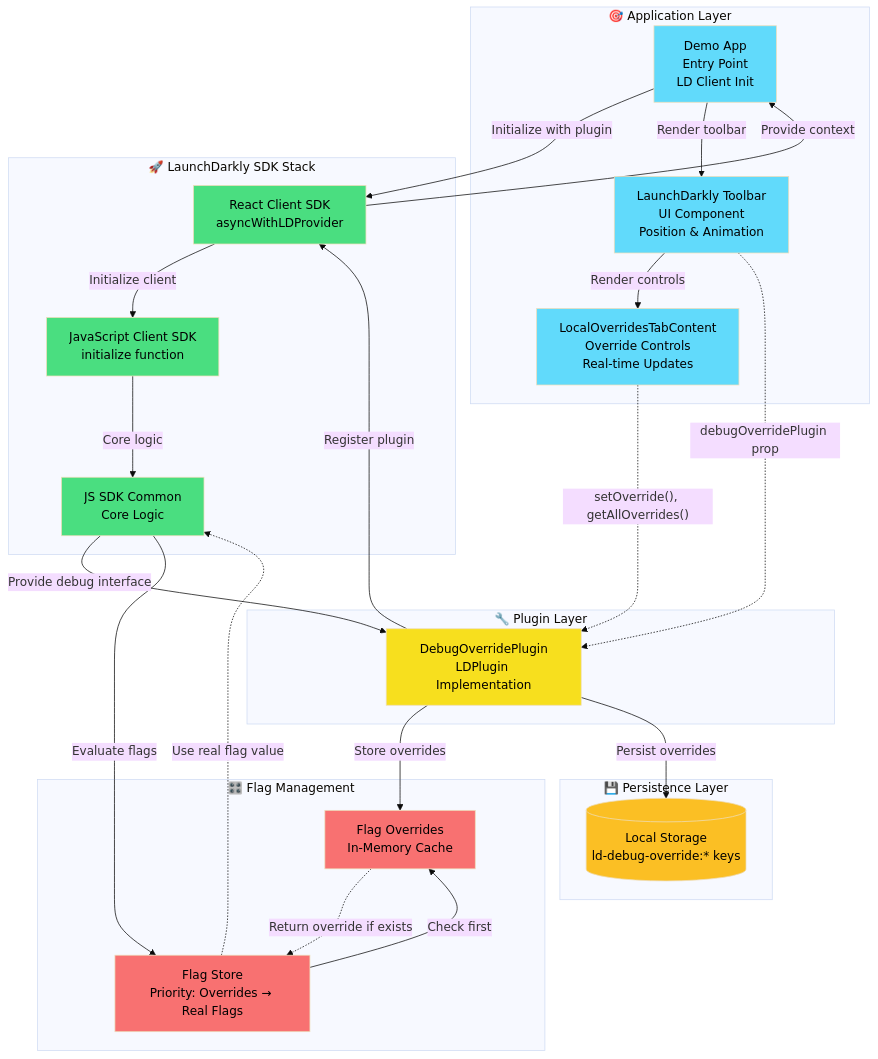
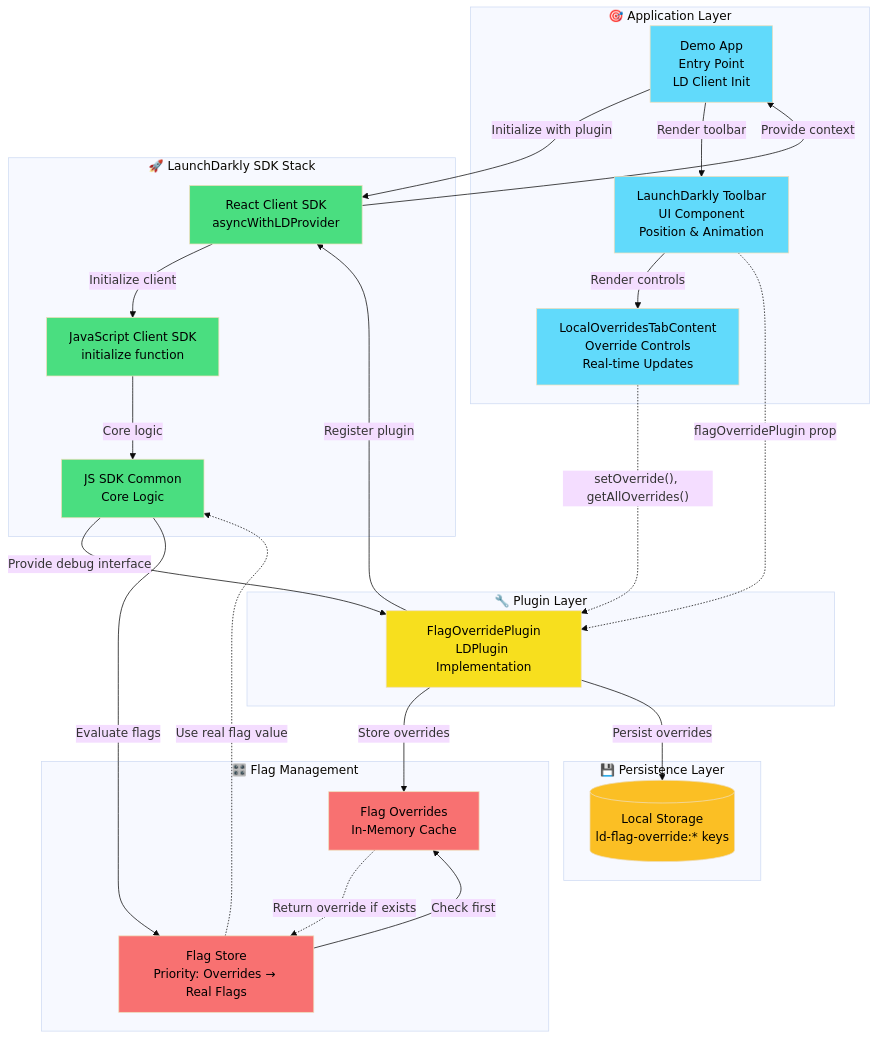
One commit to launchdarkly/launchdarkly-toolbar changed the diagram in docs/plugin-architecture.mermaid. Above: the diagram before and after it, drawn with Mermaid (base theme). The commit also changed 16 other files, not shown here.

Commit message:
refactor: rename debug override plugin to flag override plugin

```diff
--- a/docs/plugin-architecture.mermaid
+++ b/docs/plugin-architecture.mermaid
@@ -1,73 +1,73 @@
 graph TB
     %% Main Components
     subgraph "🎯 Application Layer"
         App[Demo App<br/>Entry Point<br/>LD Client Init]
         Toolbar[LaunchDarkly Toolbar<br/>UI Component<br/>Position & Animation]
         TabContent[LocalOverridesTabContent<br/>Override Controls<br/>Real-time Updates]
     end
 
     subgraph "🔧 Plugin Layer"
-        DebugPlugin[DebugOverridePlugin<br/>LDPlugin Implementation]
+        FlagOverridePlugin[FlagOverridePlugin<br/>LDPlugin Implementation]
     end
 
     subgraph "🚀 LaunchDarkly SDK Stack"
         ReactSDK[React Client SDK<br/>asyncWithLDProvider]
         JSSDK[JavaScript Client SDK<br/>initialize function]
         CommonSDK[JS SDK Common<br/>Core Logic]
     end
 
     subgraph "🎛️ Flag Management"
         FlagStore[Flag Store<br/>Priority: Overrides → Real Flags]
         OverrideStore[Flag Overrides<br/>In-Memory Cache]
     end
 
     subgraph "💾 Persistence Layer"
-        LocalStorage[(Local Storage<br/>ld-debug-override:* keys)]
+        LocalStorage[(Local Storage<br/>ld-flag-override:* keys)]
     end
 
 
 
     %% 🔄 Plugin Registration & Initialization
     App -->|Initialize with plugin| ReactSDK
     ReactSDK -->|Initialize client| JSSDK
     JSSDK -->|Core logic| CommonSDK
-    DebugPlugin -->|Register plugin| ReactSDK
+    FlagOverridePlugin -->|Register plugin| ReactSDK
 
     %% 🔧 Debug Interface Handshake
-    CommonSDK -->|Provide debug interface| DebugPlugin
-    DebugPlugin -->|Store overrides| OverrideStore
+    CommonSDK -->|Provide debug interface| FlagOverridePlugin
+    FlagOverridePlugin -->|Store overrides| OverrideStore
 
     %% 🎨 Client Flow (JS SDK)
     ReactSDK -->|Provide context| App
     App -->|Render toolbar| Toolbar
     Toolbar -->|Render controls| TabContent
 
     %% ⚡ Direct Plugin Integration
-    Toolbar -.->|debugOverridePlugin prop| DebugPlugin
-    TabContent -.->|"setOverride(), getAllOverrides()"| DebugPlugin
+    Toolbar -.->|flagOverridePlugin prop| FlagOverridePlugin
+    TabContent -.->|"setOverride(), getAllOverrides()"| FlagOverridePlugin
 
 
 
     %% 💾 Storage Management
-    DebugPlugin -->|Persist overrides| LocalStorage
+    FlagOverridePlugin -->|Persist overrides| LocalStorage
 
     %% 🎯 Flag Evaluation Priority
     CommonSDK -->|Evaluate flags| FlagStore
     FlagStore -->|Check first| OverrideStore
     OverrideStore -.->|Return override if exists| FlagStore
     FlagStore -.->|Use real flag value| CommonSDK
 
 
 
     %% Styling
     classDef app fill:#61dafb,color:black
     classDef plugin fill:#f7df1e,color:black
     classDef sdk fill:#4ade80,color:black
     classDef storage fill:#fbbf24,color:black
     classDef flags fill:#f87171,color:black
 
     class App,Toolbar,TabContent app
-    class DebugPlugin plugin
+    class FlagOverridePlugin plugin
     class ReactSDK,JSSDK,CommonSDK sdk
     class FlagStore,OverrideStore flags
     class LocalStorage storage
```
